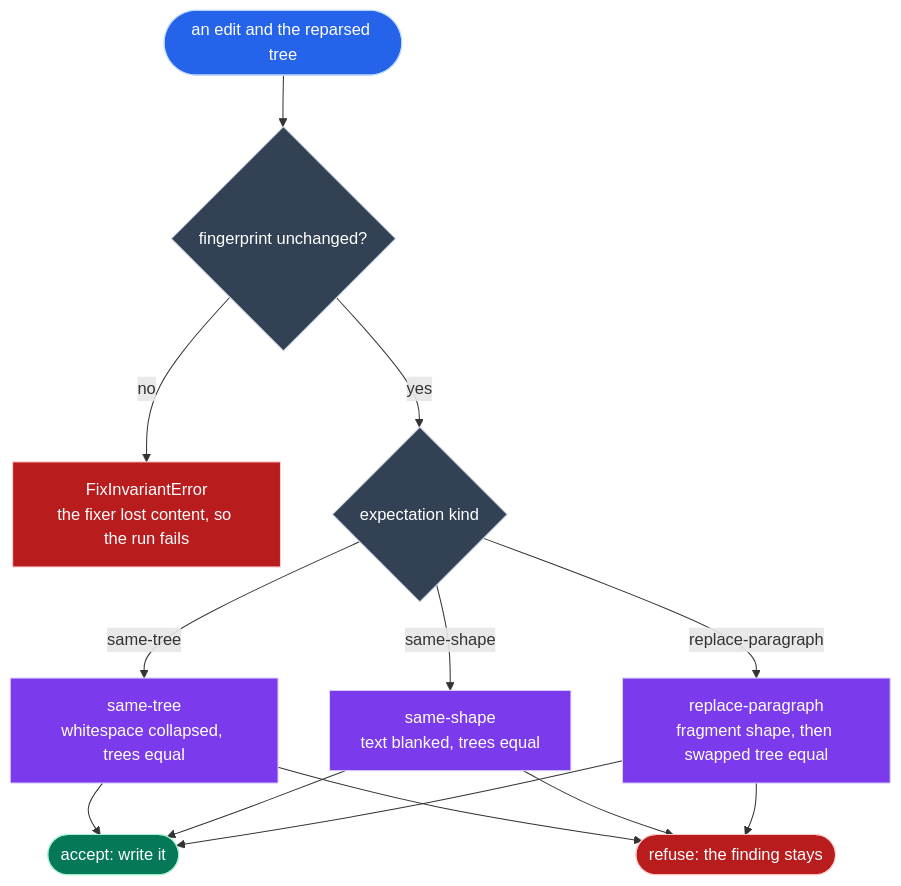
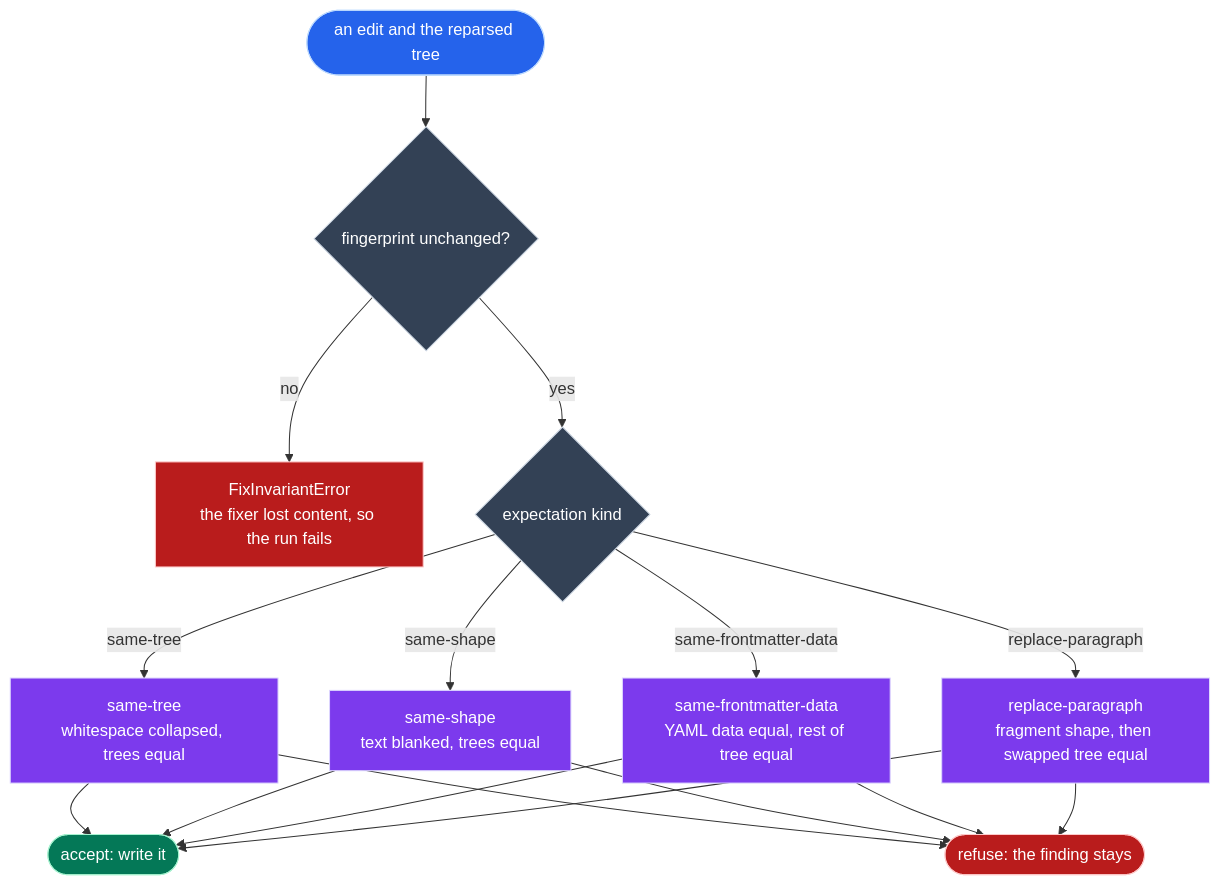
Before and after one commit to jpeakai/jpai-prose-gates: diagram 13 of 19 in docs/DATA_MODEL.md, drawn with Mermaid. The commit also changed other lines of this file and 35 other files, not shown here.

First line of the commit message:
feat: TypeScript example plugin, whole-YAML frontmatter access and a frontmatter fixer

````diff
--- a/docs/DATA_MODEL.md
+++ b/docs/DATA_MODEL.md
@@ -436,31 +436,35 @@
 ```mermaid
 flowchart TB
     EDIT(["an edit and the reparsed tree"]):::source
     FP{"fingerprint unchanged?"}:::decide
     THROW["FixInvariantError<br/>the fixer lost content, so the run fails"]:::bad
     KIND{"expectation kind"}:::decide
     TREE["same-tree<br/>whitespace collapsed, trees equal"]:::build
     SHAPE["same-shape<br/>text blanked, trees equal"]:::build
+    FMD["same-frontmatter-data<br/>YAML data equal, rest of tree equal"]:::build
     REPL["replace-paragraph<br/>fragment shape, then swapped tree equal"]:::build
     OK(["accept: write it"]):::ok
     NO(["refuse: the finding stays"]):::bad
 
     EDIT --> FP
     FP -- "no" --> THROW
     FP -- "yes" --> KIND
     KIND -- "same-tree" --> TREE
     KIND -- "same-shape" --> SHAPE
+    KIND -- "same-frontmatter-data" --> FMD
     KIND -- "replace-paragraph" --> REPL
     TREE --> OK
     SHAPE --> OK
+    FMD --> OK
     REPL --> OK
     TREE --> NO
     SHAPE --> NO
+    FMD --> NO
     REPL --> NO
 
     classDef source fill:#2563eb,stroke:#bfdbfe,color:#ffffff
     classDef build  fill:#7c3aed,stroke:#ddd6fe,color:#ffffff
     classDef decide fill:#334155,stroke:#cbd5e1,color:#ffffff
     classDef ok     fill:#047857,stroke:#a7f3d0,color:#ffffff
     classDef bad    fill:#b91c1c,stroke:#fecaca,color:#ffffff
 ```
````
